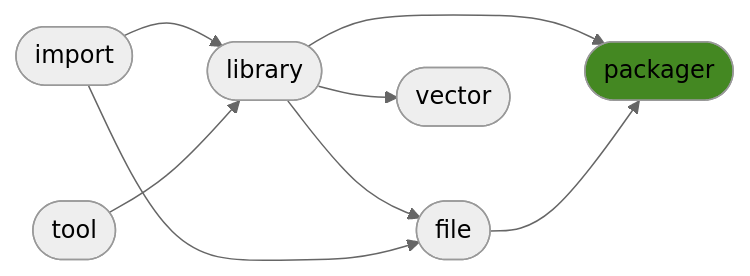
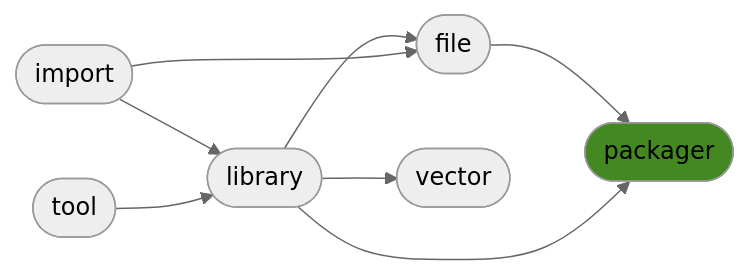
One commit to ManderaGeneral/generalpackager changed the diagram in README.md. Above: the diagram before and after it, drawn with Mermaid (neutral theme). The commit also changed other lines of this file, not shown here.

````diff
--- a/README.md
+++ b/README.md
@@ -24,17 +24,17 @@
 ```mermaid
 flowchart LR
+3([file]) --> 5([packager])
 2([library]) --> 5([packager])
+2([library]) --> 3([file])
 0([import]) --> 2([library])
-2([library]) --> 3([file])
-3([file]) --> 5([packager])
+1([tool]) --> 2([library])
 2([library]) --> 4([vector])
-1([tool]) --> 2([library])
 0([import]) --> 3([file])
 click 0 "https://github.com/ManderaGeneral/generalimport"
 click 1 "https://github.com/ManderaGeneral/generaltool"
 click 2 "https://github.com/ManderaGeneral/generallibrary"
 click 3 "https://github.com/ManderaGeneral/generalfile"
 click 4 "https://github.com/ManderaGeneral/generalvector"
 click 5 "https://github.com/ManderaGeneral/generalpackager"
 style 5 fill:#482
 ```
````
